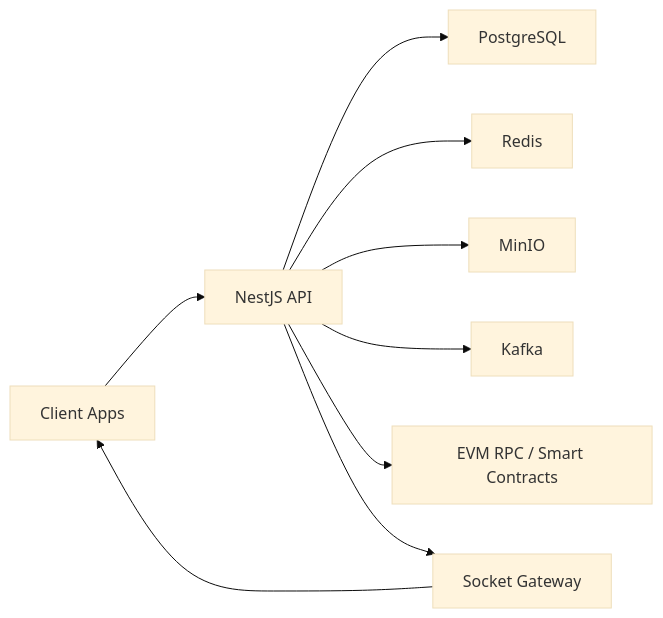
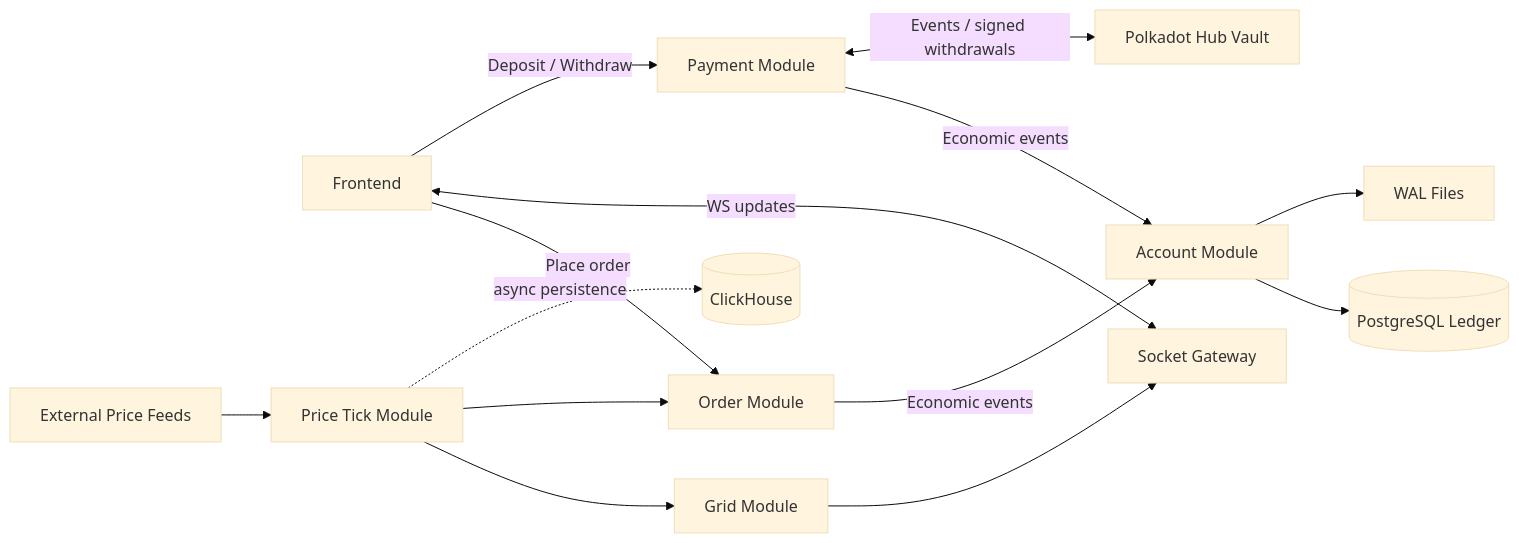
One commit to polkatap/polkatap-sc-be changed the diagram in README.md. Above: the diagram before and after it, drawn with Mermaid (base theme). The commit also changed other lines of this file and 1 other file, not shown here.

````diff
--- a/README.md
+++ b/README.md
@@ -21,11 +11,20 @@
 ```mermaid
 flowchart LR
-  A[Client Apps] --> B[NestJS API]
-  B --> C[PostgreSQL]
-  B --> D[Redis]
-  B --> E[MinIO]
-  B --> F[Kafka]
-  B --> G[EVM RPC / Smart Contracts]
-  B --> I[Socket Gateway]
-  I --> A
+  FE[Frontend] -->|Place order| OM[Order Module]
+  FE <-->|WS updates| SG[Socket Gateway]
+
+  PF[External Price Feeds] --> PT[Price Tick Module]
+  PT --> GM[Grid Module]
+  GM --> SG
+  PT --> OM
+
+  OM -->|Economic events| AC[Account Module]
+
+  FE -->|Deposit / Withdraw| PM[Payment Module]
+  PM -->|Economic events| AC
+  PM <-->|Events / signed withdrawals| HUB[Polkadot Hub Vault]
+
+  AC --> PG[(PostgreSQL Ledger)]
+  AC --> WAL[WAL Files]
+  PT -. async persistence .-> CH[(ClickHouse)]
 ```
````
